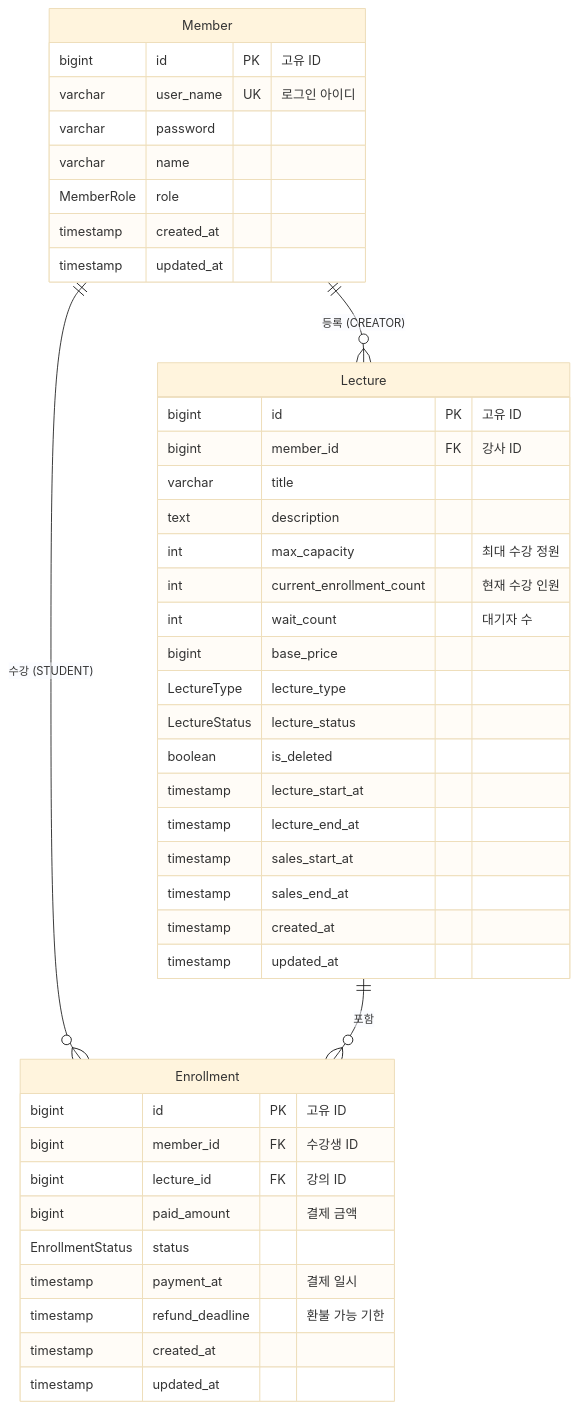
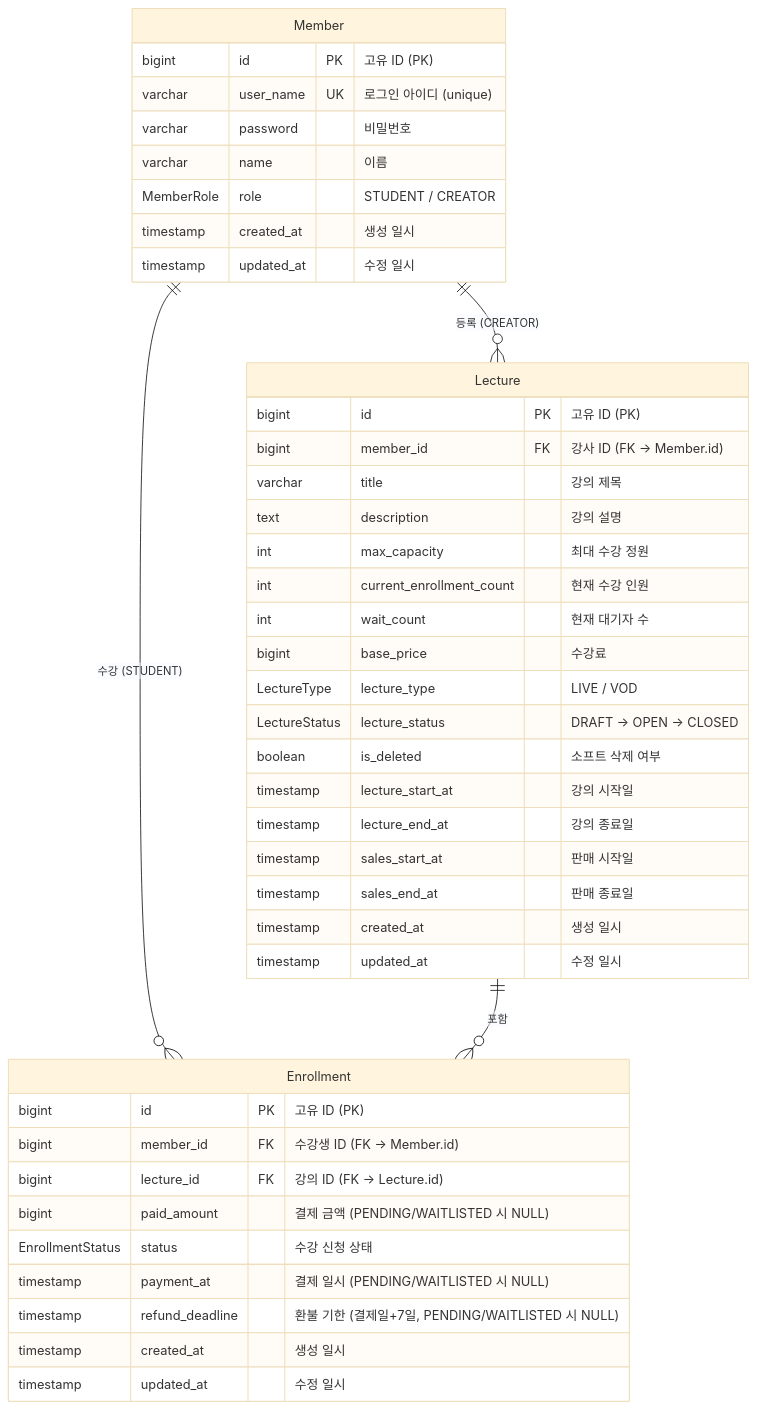
The diagram in README.md (Yongseok-2/LiveKlass-test), drawn with Mermaid (base theme) before and after one commit.

````diff
--- a/README.md
+++ b/README.md
@@ -110,50 +110,50 @@
 ```mermaid
 erDiagram
     %% Tables
     Member {
-        bigint id PK "고유 ID"
-        varchar user_name UK "로그인 아이디"
-        varchar password 
-        varchar name 
-        MemberRole role 
-        timestamp created_at 
-        timestamp updated_at 
+        bigint id PK "고유 ID (PK)"
+        varchar user_name UK "로그인 아이디 (unique)"
+        varchar password "비밀번호"
+        varchar name "이름"
+        MemberRole role "STUDENT / CREATOR"
+        timestamp created_at "생성 일시"
+        timestamp updated_at "수정 일시"
     }
 
     Lecture {
-        bigint id PK "고유 ID"
-        bigint member_id FK "강사 ID"
-        varchar title 
-        text description 
+        bigint id PK "고유 ID (PK)"
+        bigint member_id FK "강사 ID (FK → Member.id)"
+        varchar title "강의 제목"
+        text description "강의 설명"
         int max_capacity "최대 수강 정원"
         int current_enrollment_count "현재 수강 인원"
-        int wait_count "대기자 수"
-        bigint base_price 
-        LectureType lecture_type 
-        LectureStatus lecture_status 
-        boolean is_deleted 
-        timestamp lecture_start_at 
-        timestamp lecture_end_at 
-        timestamp sales_start_at 
-        timestamp sales_end_at 
-        timestamp created_at 
-        timestamp updated_at 
+        int wait_count "현재 대기자 수"
+        bigint base_price "수강료"
+        LectureType lecture_type "LIVE / VOD"
+        LectureStatus lecture_status "DRAFT → OPEN → CLOSED"
+        boolean is_deleted "소프트 삭제 여부"
+        timestamp lecture_start_at "강의 시작일"
+        timestamp lecture_end_at "강의 종료일"
+        timestamp sales_start_at "판매 시작일"
+        timestamp sales_end_at "판매 종료일"
+        timestamp created_at "생성 일시"
+        timestamp updated_at "수정 일시"
     }
 
     Enrollment {
-        bigint id PK "고유 ID"
-        bigint member_id FK "수강생 ID"
-        bigint lecture_id FK "강의 ID"
-        bigint paid_amount "결제 금액"
-        EnrollmentStatus status 
-        timestamp payment_at "결제 일시"
-        timestamp refund_deadline "환불 가능 기한"
-        timestamp created_at 
-        timestamp updated_at 
+        bigint id PK "고유 ID (PK)"
+        bigint member_id FK "수강생 ID (FK → Member.id)"
+        bigint lecture_id FK "강의 ID (FK → Lecture.id)"
+        bigint paid_amount "결제 금액 (PENDING/WAITLISTED 시 NULL)"
+        EnrollmentStatus status "수강 신청 상태"
+        timestamp payment_at "결제 일시 (PENDING/WAITLISTED 시 NULL)"
+        timestamp refund_deadline "환불 기한 (결제일+7일, PENDING/WAITLISTED 시 NULL)"
+        timestamp created_at "생성 일시"
+        timestamp updated_at "수정 일시"
     }
 
     %% Relationships
     Member ||--o{ Lecture : "등록 (CREATOR)"
     Member ||--o{ Enrollment : "수강 (STUDENT)"
     Lecture ||--o{ Enrollment : "포함"
 ```
````
